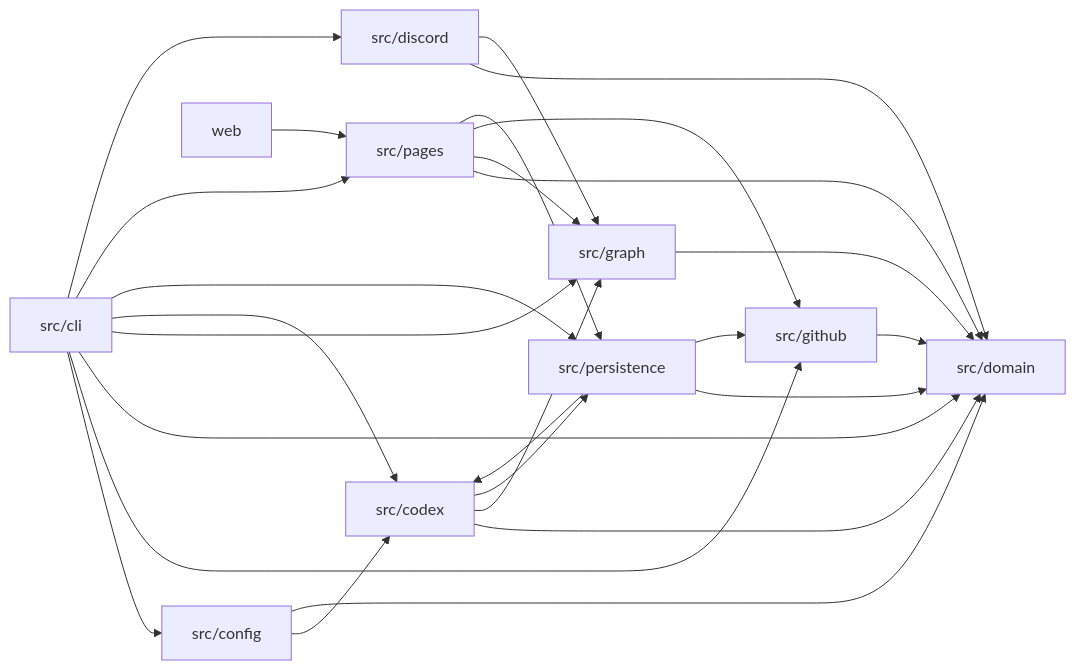
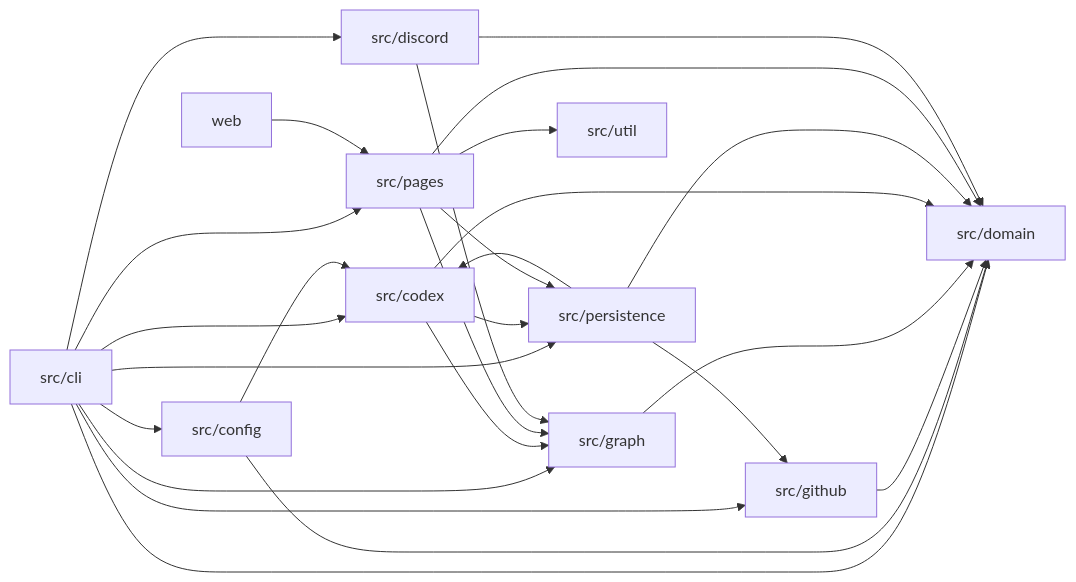
Before and after one commit to Hiroshiba/voicevox_task_tracker: the diagram in docs/ARCHITECTURE.md, drawn with Mermaid. The commit also changed other lines of this file and 12 other files, not shown here.

````diff
--- a/docs/ARCHITECTURE.md
+++ b/docs/ARCHITECTURE.md
@@ -27,28 +27,29 @@
 ```mermaid
 flowchart LR
   CLI[src/cli] --> Config[src/config]
   CLI --> GitHub[src/github]
   CLI --> Domain[src/domain]
   CLI --> Graph[src/graph]
   CLI --> Codex[src/codex]
   CLI --> State[src/persistence]
   CLI --> Pages[src/pages]
   CLI --> Discord[src/discord]
+  Util[src/util]
   Config --> Codex
   Config --> Domain
   GitHub --> Domain
   Graph --> Domain
   Codex --> Domain
   Codex --> Graph
   Codex --> State
   State --> Codex
   State --> Domain
   State --> GitHub
   Pages --> Domain
   Pages --> Graph
-  Pages --> GitHub
   Pages --> State
+  Pages --> Util
   Discord --> Domain
   Discord --> Graph
   Web[web] --> Pages
 ```
````
